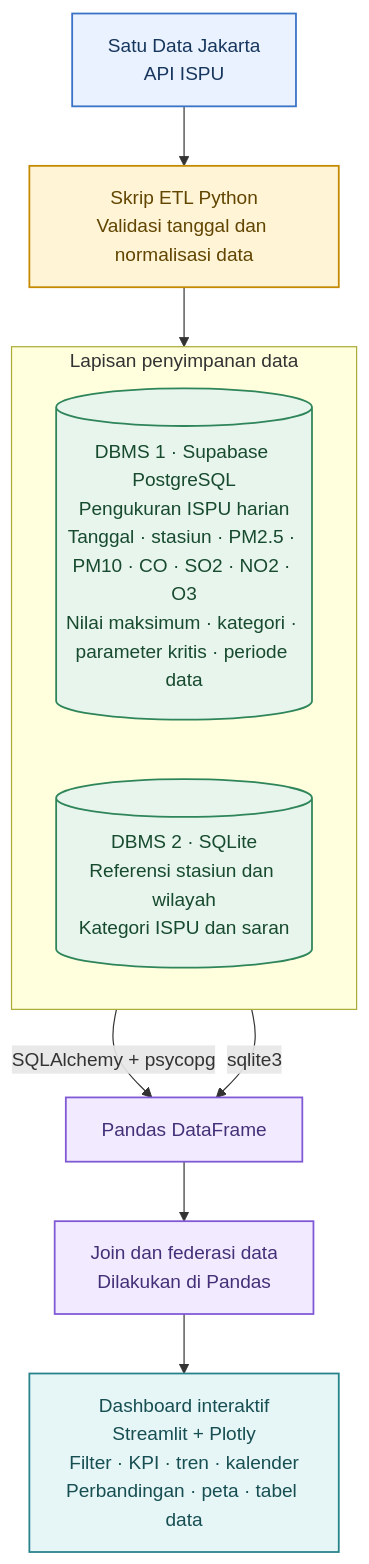
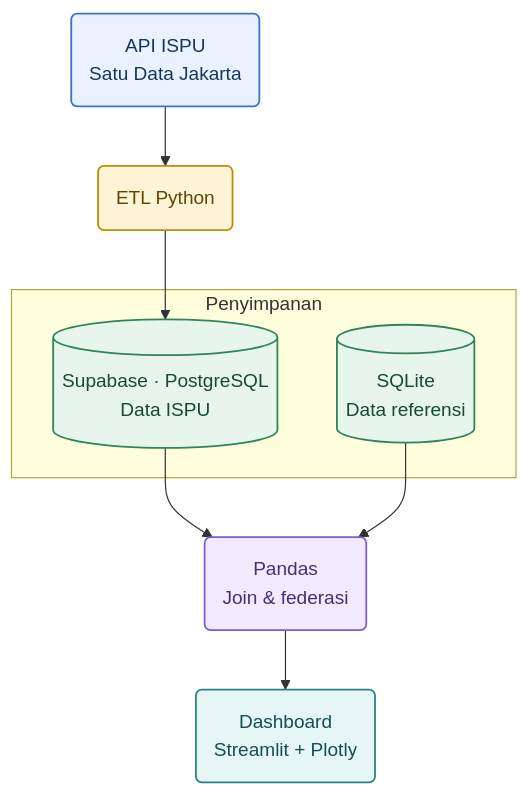
One commit to YogiFadliSujila/ISPU-Visualisasi changed the diagram in README.md. Above: the diagram before and after it, drawn with Mermaid.

Commit message:
Revise flowchart in README for data processing
Updated the flowchart to reflect changes in data storage and processing components.

````diff
--- a/README.md
+++ b/README.md
@@ -20,39 +20,30 @@
 ```mermaid
   flowchart TB
-      api["Satu Data Jakarta<br/>API ISPU"]
-      etl["Skrip ETL Python<br/>Validasi tanggal dan normalisasi data"]
-  
-      subgraph storage["Lapisan penyimpanan data"]
-          direction LR
-  
-          supa[("DBMS 1 · Supabase PostgreSQL<br/>Pengukuran ISPU harian<br/>Tanggal · stasiun · PM2.5 · PM10 · CO · SO2 · NO2 · O3<br/>Nilai maksimum · kategori · parameter kritis · periode data")]
-  
-          sqlite[("DBMS 2 · SQLite<br/>Referensi stasiun dan wilayah<br/>Kategori ISPU dan saran")]
-      end
-  
-      frame["Pandas DataFrame"]
-      join["Join dan federasi data<br/>Dilakukan di Pandas"]
-  
-      app["Dashboard interaktif<br/>Streamlit + Plotly<br/>Filter · KPI · tren · kalender<br/>Perbandingan · peta · tabel data"]
-  
-      api --> etl
-      etl --> supa
-  
-      supa -->|"SQLAlchemy + psycopg"| frame
-      sqlite -->|"sqlite3"| frame
-  
-      frame --> join
-      join --> app
-  
-      classDef source fill:#EAF2FF,stroke:#3973C6,color:#17365D,stroke-width:1.5px
-      classDef process fill:#FFF4D6,stroke:#C58A00,color:#614500,stroke-width:1.5px
-      classDef database fill:#E7F5EC,stroke:#2F855A,color:#174A2E,stroke-width:1.5px
-      classDef analytics fill:#F2EAFE,stroke:#805AD5,color:#443078,stroke-width:1.5px
-      classDef output fill:#E6F6F7,stroke:#27838A,color:#164E52,stroke-width:1.5px
-  
-      class api source
-      class etl process
-      class supa,sqlite database
-      class frame,join analytics
-      class app output
+    api("API ISPU<br/>Satu Data Jakarta")
+    etl("ETL Python")
+
+    subgraph storage["Penyimpanan"]
+        supa[("Supabase · PostgreSQL<br/>Data ISPU")]
+        sqlite[("SQLite<br/>Data referensi")]
+    end
+
+    join("Pandas<br/>Join & federasi")
+    app("Dashboard<br/>Streamlit + Plotly")
+
+    api --> etl --> supa
+    supa --> join
+    sqlite --> join
+    join --> app
+
+    classDef source fill:#EAF2FF,stroke:#3973C6,color:#17365D,stroke-width:1.5px
+    classDef process fill:#FFF4D6,stroke:#C58A00,color:#614500,stroke-width:1.5px
+    classDef database fill:#E7F5EC,stroke:#2F855A,color:#174A2E,stroke-width:1.5px
+    classDef analytics fill:#F2EAFE,stroke:#805AD5,color:#443078,stroke-width:1.5px
+    classDef output fill:#E6F6F7,stroke:#27838A,color:#164E52,stroke-width:1.5px
+
+    class api source
+    class etl process
+    class supa,sqlite database
+    class join analytics
+    class app output
 ```
````
